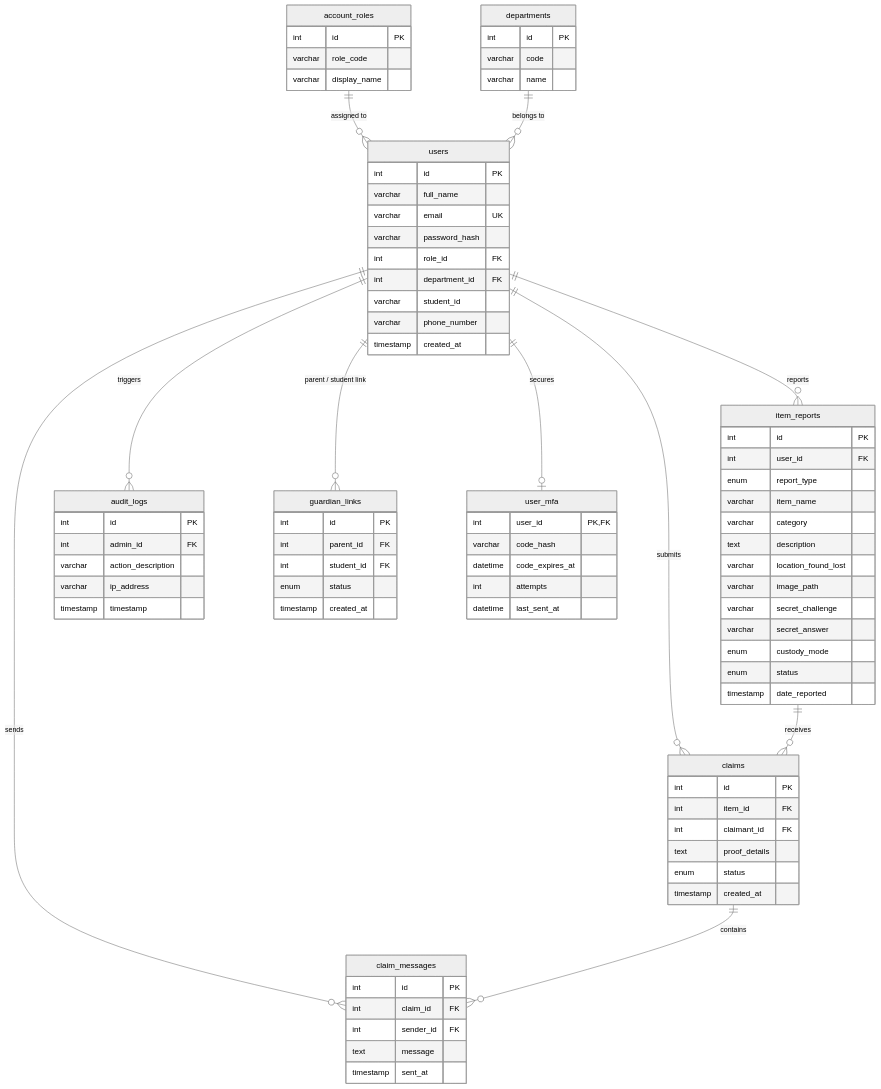
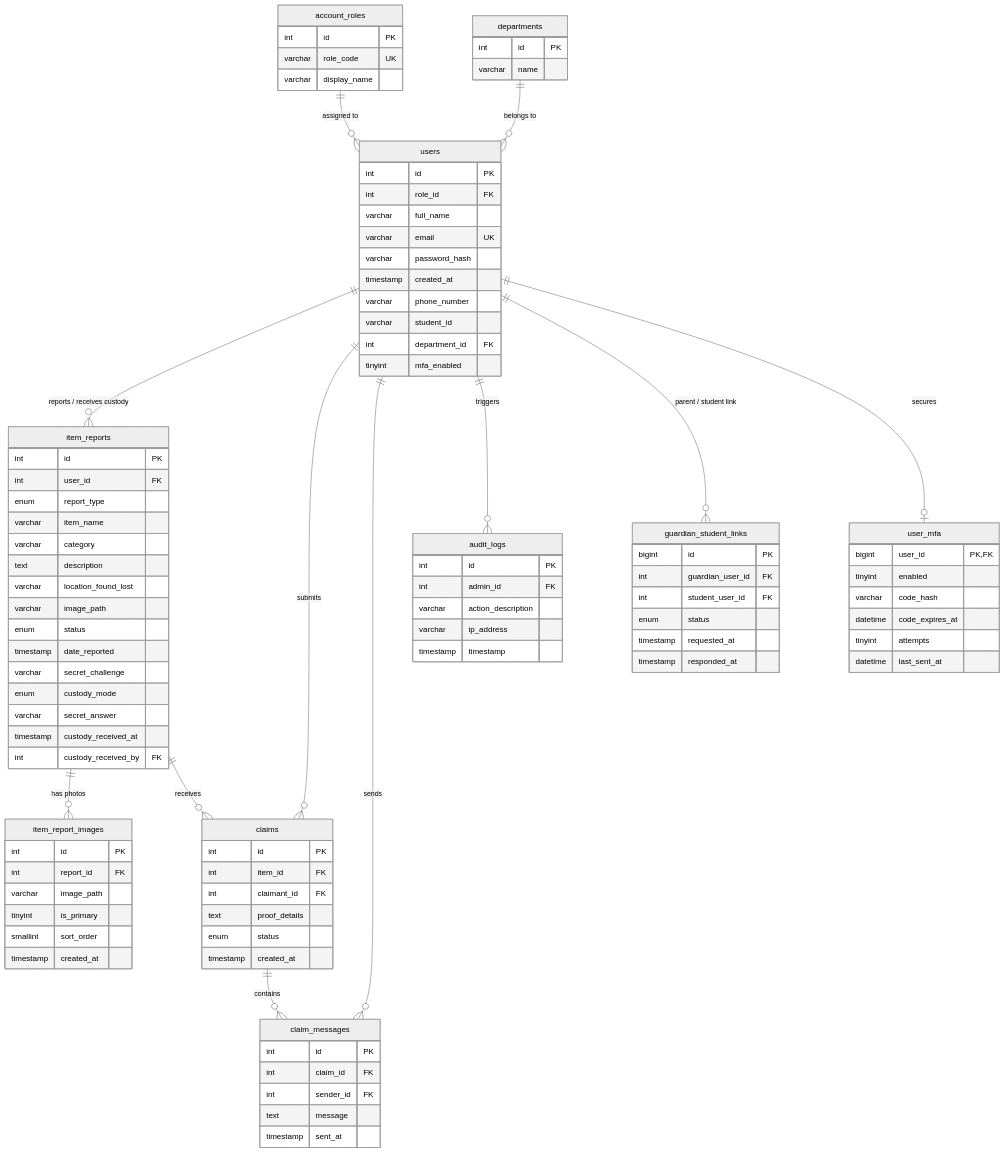
The third of 3 diagrams in README.md (veirubyte/projecthanap_ptappdev), drawn with Mermaid (neutral theme) before and after one commit. The commit also changed other lines of this file, not shown here.

```diff
--- a/README.md
+++ b/README.md
@@ -143,53 +191,56 @@
 erDiagram
     account_roles ||--o{ users : "assigned to"
     departments ||--o{ users : "belongs to"
-    users ||--o{ item_reports : "reports"
+    users ||--o{ item_reports : "reports / receives custody"
     users ||--o{ claims : "submits"
     users ||--o{ claim_messages : "sends"
     users ||--o{ audit_logs : "triggers"
-    users ||--o{ guardian_links : "parent / student link"
+    users ||--o{ guardian_student_links : "parent / student link"
     users ||--o| user_mfa : "secures"
+    item_reports ||--o{ item_report_images : "has photos"
     item_reports ||--o{ claims : "receives"
     claims ||--o{ claim_messages : "contains"
 
     account_roles {
         int id PK
-        varchar role_code
+        varchar role_code UK
         varchar display_name
     }
 
     departments {
         int id PK
-        varchar code
         varchar name
     }
 
     users {
         int id PK
+        int role_id FK
         varchar full_name
         varchar email UK
         varchar password_hash
-        int role_id FK
+        timestamp created_at
+        varchar phone_number
+        varchar student_id
         int department_id FK
-        varchar student_id
-        varchar phone_number
-        timestamp created_at
+        tinyint mfa_enabled
     }
 
     user_mfa {
-        int user_id PK, FK
+        bigint user_id PK, FK
+        tinyint enabled
         varchar code_hash
         datetime code_expires_at
-        int attempts
+        tinyint attempts
         datetime last_sent_at
     }
 
-    guardian_links {
-        int id PK
-        int parent_id FK
-        int student_id FK
+    guardian_student_links {
+        bigint id PK
+        int guardian_user_id FK
+        int student_user_id FK
         enum status
-        timestamp created_at
+        timestamp requested_at
+        timestamp responded_at
     }
 
     item_reports {
@@ -201,11 +252,22 @@
         text description
         varchar location_found_lost
         varchar image_path
-        varchar secret_challenge
-        varchar secret_answer
-        enum custody_mode
         enum status
         timestamp date_reported
+        varchar secret_challenge
+        enum custody_mode
+        varchar secret_answer
+        timestamp custody_received_at
+        int custody_received_by FK
+    }
+
+    item_report_images {
+        int id PK
+        int report_id FK
+        varchar image_path
+        tinyint is_primary
+        smallint sort_order
+        timestamp created_at
     }
 
     claims {
```
